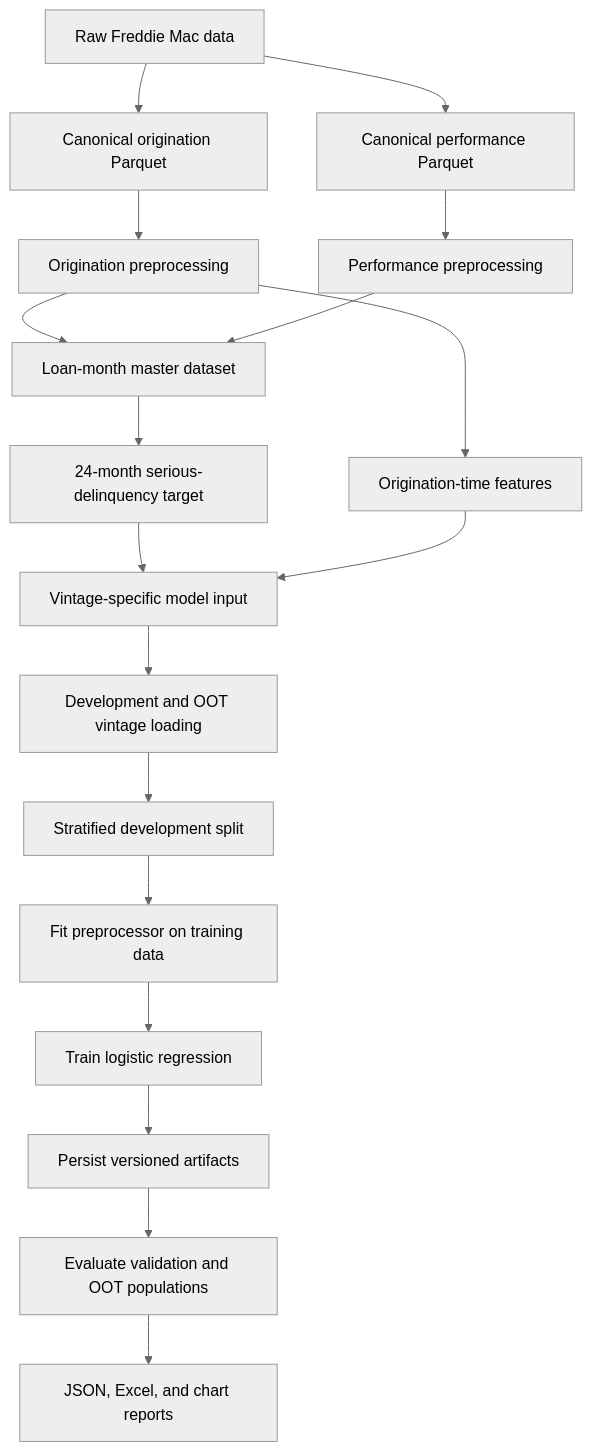
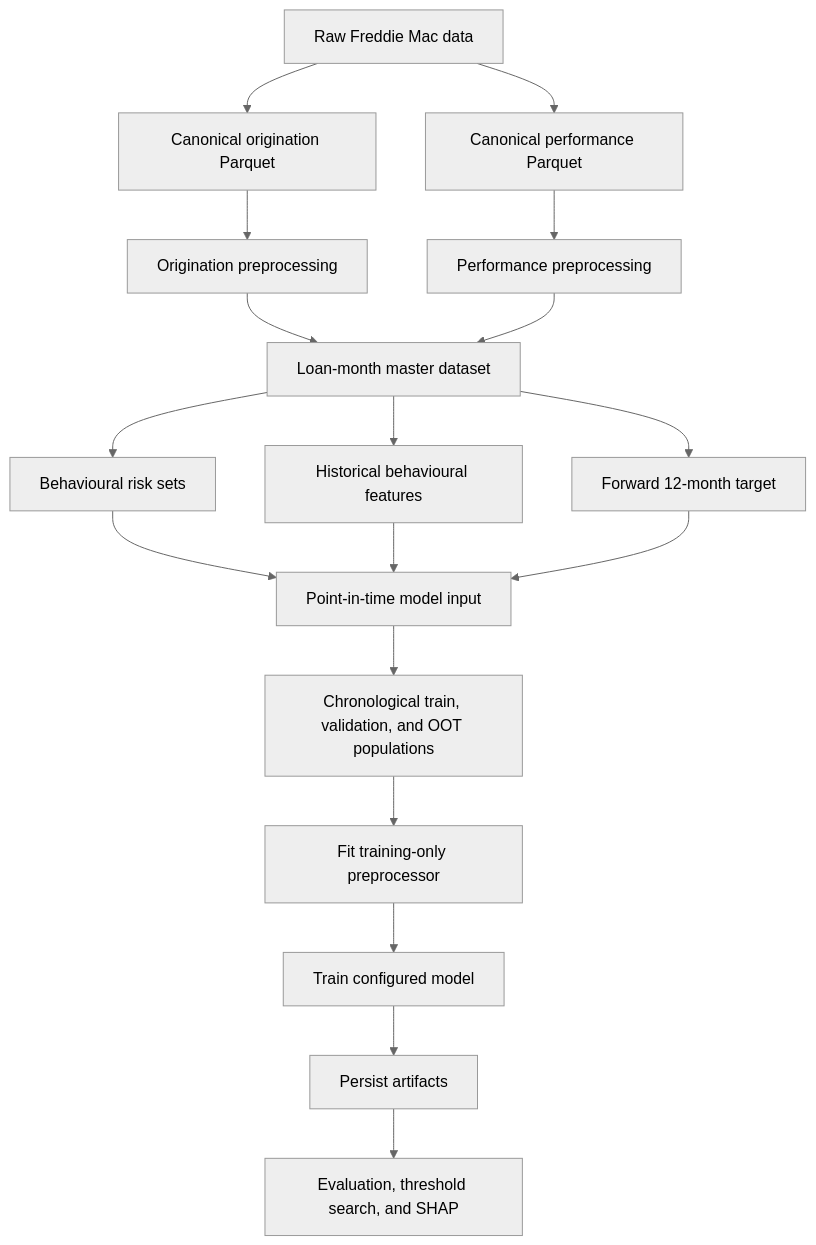
One commit to dhrumilvora/mortgage-credit-risk changed the diagram in docs/project_flow.md. Above: the diagram before and after it, drawn with Mermaid (neutral theme). The commit also changed other lines of this file and 13 other files, not shown here.

````diff
--- a/docs/project_flow.md
+++ b/docs/project_flow.md
@@ -5,20 +5,20 @@
 ```mermaid
 flowchart TD
     A[Raw Freddie Mac data] --> B[Canonical origination Parquet]
     A --> C[Canonical performance Parquet]
     B --> D[Origination preprocessing]
     C --> E[Performance preprocessing]
     D --> F[Loan-month master dataset]
     E --> F
-    F --> G[24-month serious-delinquency target]
-    D --> H[Origination-time features]
-    G --> I[Vintage-specific model input]
-    H --> I
-    I --> J[Development and OOT vintage loading]
-    J --> K[Stratified development split]
-    K --> L[Fit preprocessor on training data]
-    L --> M[Train logistic regression]
-    M --> N[Persist versioned artifacts]
-    N --> O[Evaluate validation and OOT populations]
-    O --> P[JSON, Excel, and chart reports]
+    F --> G[Behavioural risk sets]
+    F --> H[Historical behavioural features]
+    F --> I[Forward 12-month target]
+    G --> J[Point-in-time model input]
+    H --> J
+    I --> J
+    J --> K[Chronological train, validation, and OOT populations]
+    K --> L[Fit training-only preprocessor]
+    L --> M[Train configured model]
+    M --> N[Persist artifacts]
+    N --> O[Evaluation, threshold search, and SHAP]
 ```
````
